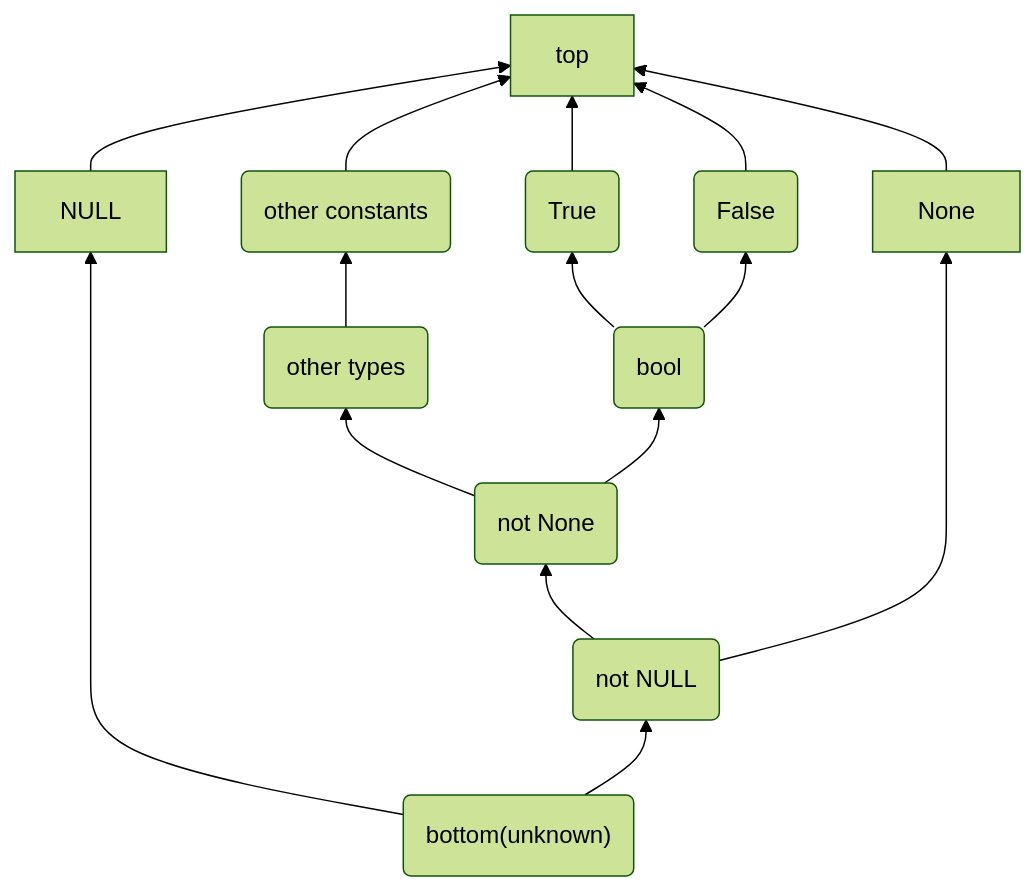
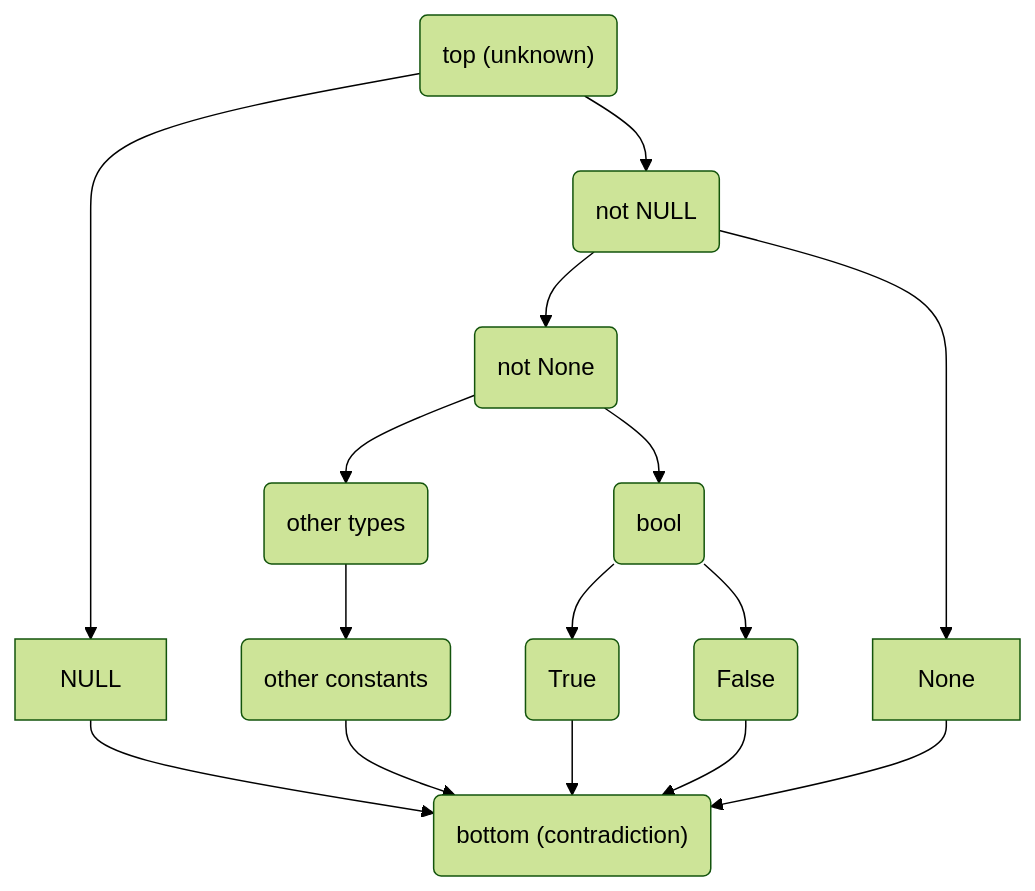
The second of 2 diagrams in 3.13/redundancy_eliminator.md (faster-cpython/ideas), drawn with Mermaid (forest theme) before and after one commit. The commit also changed other lines of this file, not shown here.

First line of the commit message:
Swap top/bottom of partial order (#658)

````diff
--- a/3.13/redundancy_eliminator.md
+++ b/3.13/redundancy_eliminator.md
@@ -73,25 +73,26 @@
 ```mermaid
-graph BT;
+graph TB;
     t("True");
     f("False");
     bl("bool");
     nnull(not NULL);
     nnone(not None);
     ot(other types);
     oc(other constants);
-    b("bottom(unknown)");
-    b-->NULL;
-    b-->nnull;
+    top("top (unknown)");
+    bottom("bottom (contradiction)")
+    top-->NULL;
+    top-->nnull;
     nnull-->nnone;
     nnull-->None;
     nnone-->ot;
     nnone-->bl;
     ot-->oc;
-    oc-->top;
-    None-->top;
-    NULL-->top;
+    oc-->bottom;
+    None-->bottom;
+    NULL-->bottom;
     bl-->t;
     bl-->f;
-    t-->top;
-    f-->top;
+    t-->bottom;
+    f-->bottom;
 ```
````
